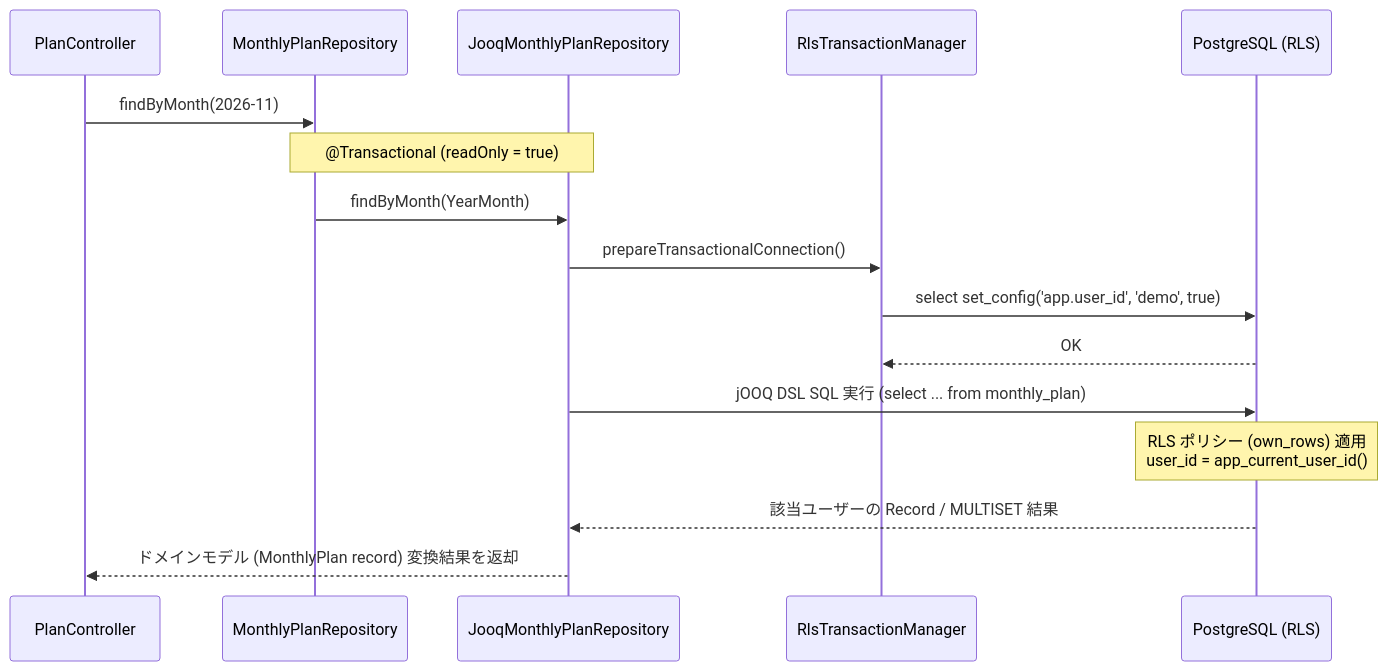
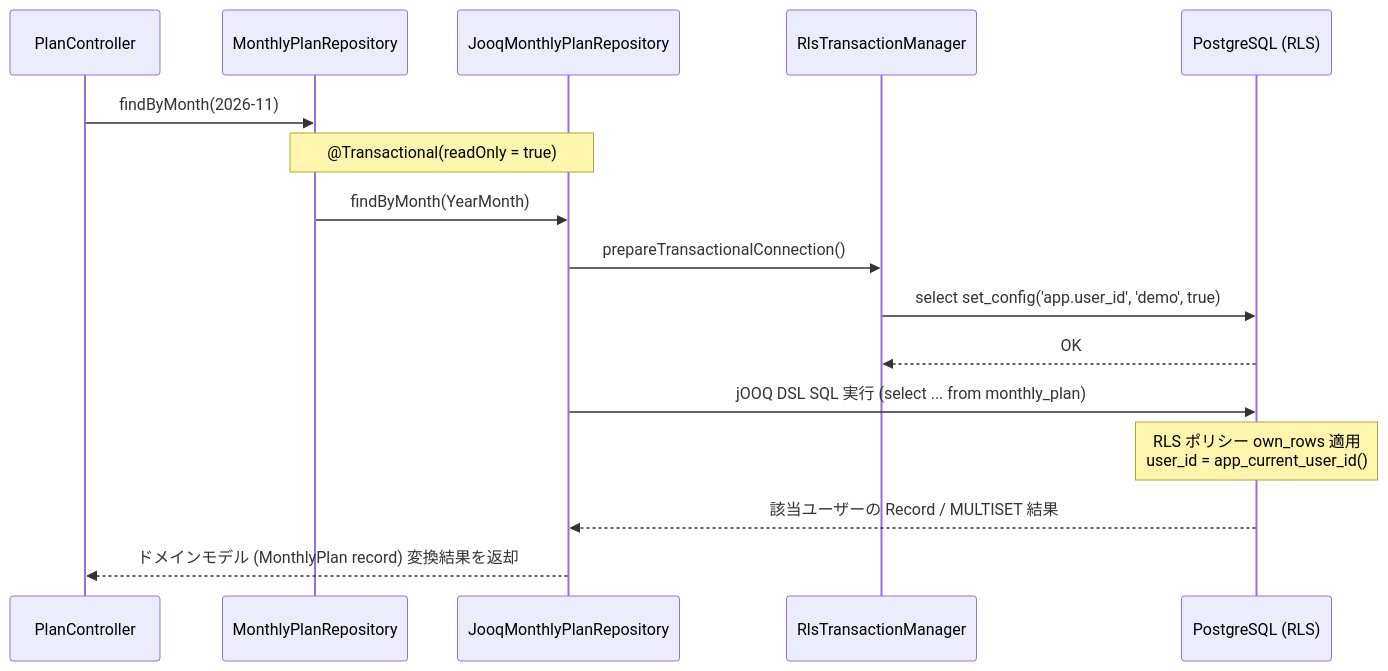
Before and after one commit to tis-abe-akira/run-buddy: the diagram in openwiki/architecture/persistence-rls.md, drawn with Mermaid. The commit also changed other lines of this file and 14 other files, not shown here.

````diff
--- a/openwiki/architecture/persistence-rls.md
+++ b/openwiki/architecture/persistence-rls.md
@@ -108,19 +108,19 @@
 ```mermaid
 sequenceDiagram
     participant Controller as PlanController
     participant Port as MonthlyPlanRepository
     participant Adapter as JooqMonthlyPlanRepository
     participant TxManager as RlsTransactionManager
     participant Database as PostgreSQL (RLS)
 
     Controller->>Port: findByMonth(2026-11)
-    Note over Port,Adapter: @Transactional (readOnly = true)
+    Note over Port,Adapter: @Transactional(readOnly = true)
     Port->>Adapter: findByMonth(YearMonth)
     Adapter->>TxManager: prepareTransactionalConnection()
     TxManager->>Database: select set_config('app.user_id', 'demo', true)
     Database-->>TxManager: OK
     Adapter->>Database: jOOQ DSL SQL 実行 (select ... from monthly_plan)
-    Note over Database: RLS ポリシー (own_rows) 適用<br/>user_id = app_current_user_id()
+    Note over Database: RLS ポリシー own_rows 適用<br/>user_id = app_current_user_id()
     Database-->>Adapter: 該当ユーザーの Record / MULTISET 結果
     Adapter-->>Controller: ドメインモデル (MonthlyPlan record) 変換結果を返却
 ```
````
